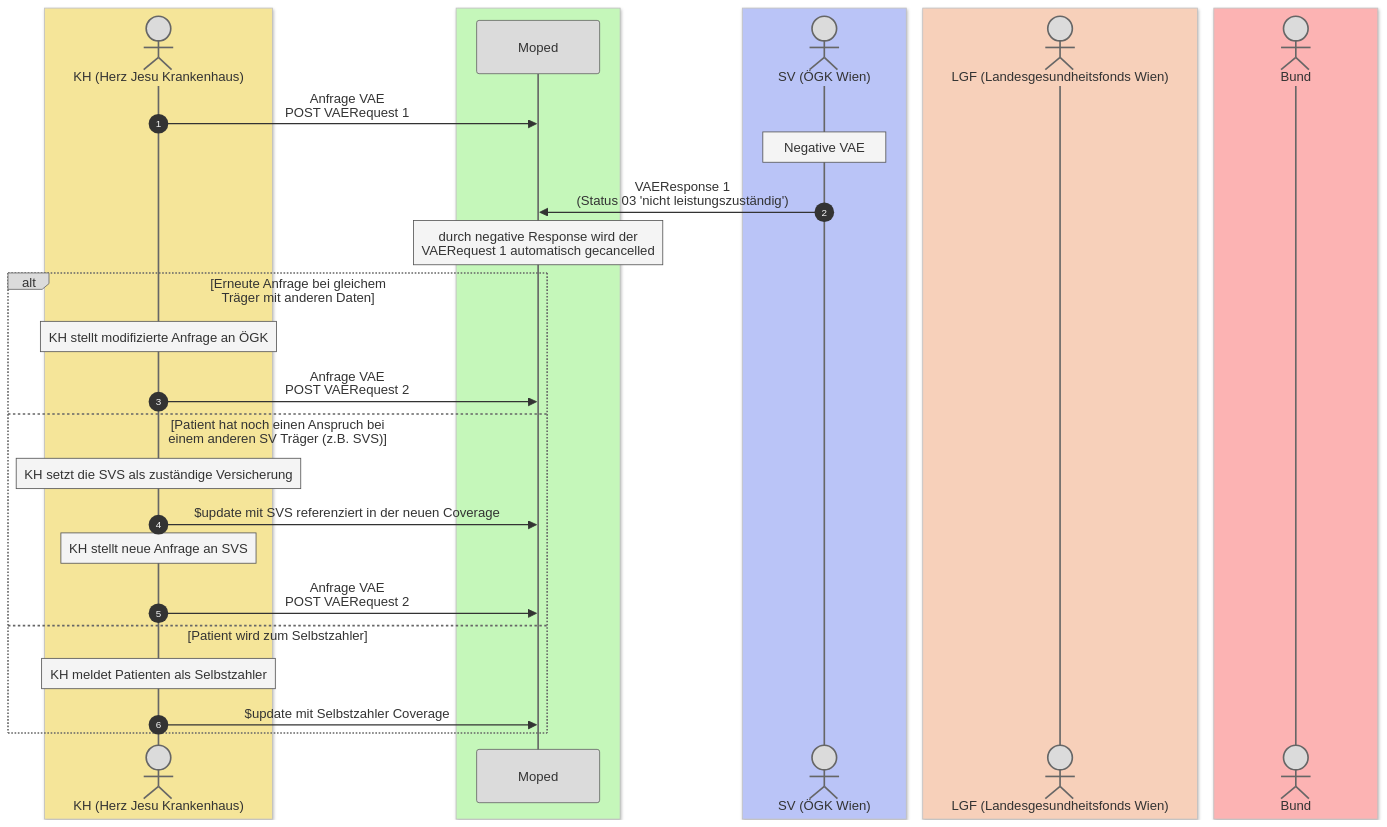
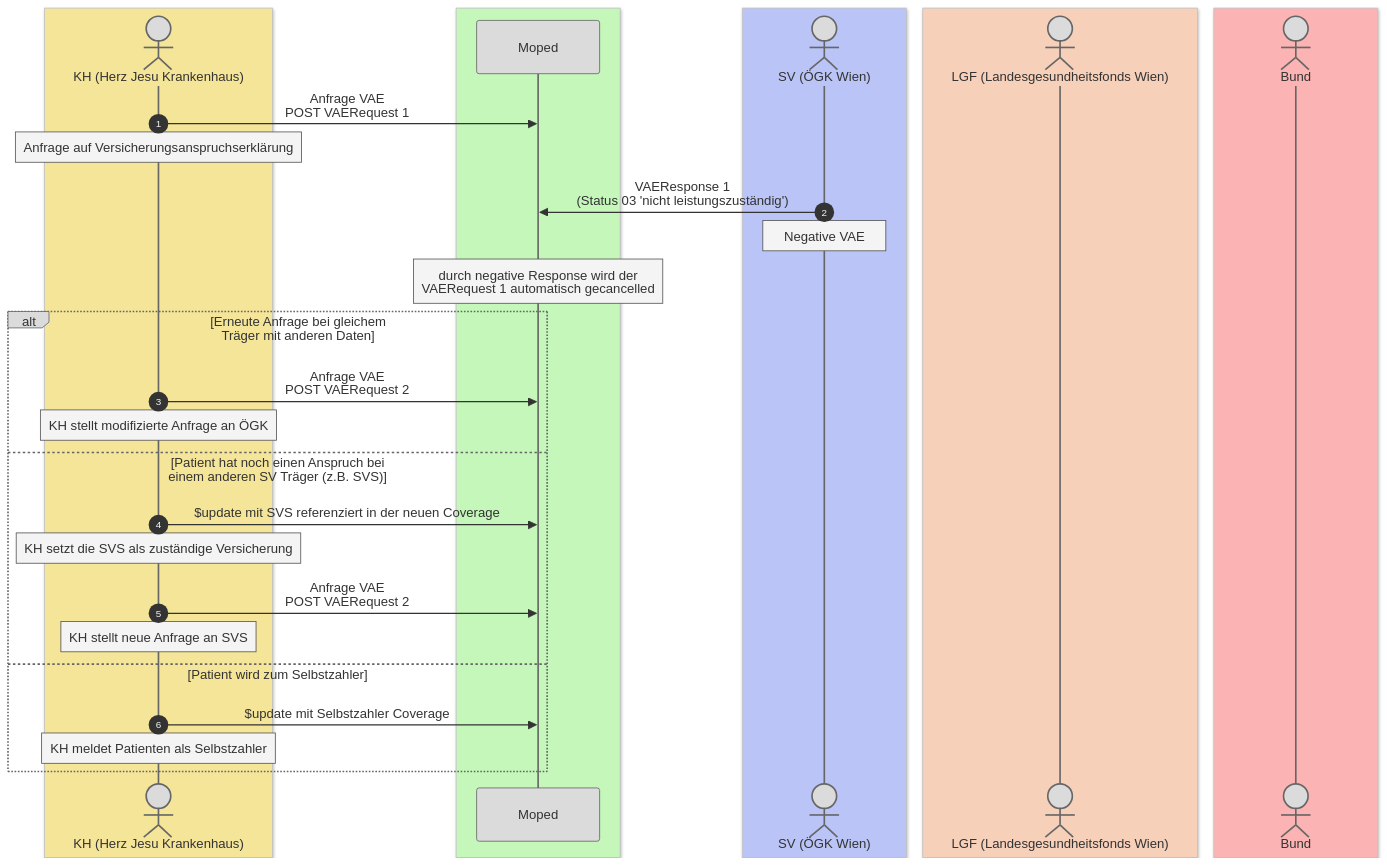
The second of 5 diagrams in input/pagecontent/AF28bis32.md (HL7Austria/ELGA-MOPED-R5), drawn with Mermaid before and after one commit.

Commit message:
Notizreihenfolge ausbessern

```diff
--- a/input/pagecontent/AF28bis32.md
+++ b/input/pagecontent/AF28bis32.md
@@ -130,44 +130,45 @@
 <pre class="mermaid">
     ---
     config:
       theme: 'base'
       themeVariables:
         primaryColor: '#dbdbdb'         
         actorBorder: '#666'
         noteBkgColor: '#f4f4f4'
         noteBorderColor: '#555'
     ---
     sequenceDiagram
     autonumber
     box rgb(245, 229, 153)
     actor KH as KH (Herz Jesu Krankenhaus)
     end
     box rgb(197, 247, 186)
     participant MP as Moped
     end
     box rgb(186, 196, 247)
     actor SV as SV (ÖGK Wien)
     end
     box rgb(247, 208, 186)
     actor LGF as LGF (Landesgesundheitsfonds Wien)
     end
     box rgb(252, 179, 179) 
     actor Bund as Bund 
     end
     KH->>MP: Anfrage VAE <br/>POST VAERequest 1
+    Note over KH: Anfrage auf Versicherungsanspruchserklärung 
+    SV->>MP: VAEResponse 1<br/>(Status 03 'nicht leistungszuständig')
     Note over SV: Negative VAE
-    SV->>MP: VAEResponse 1<br/>(Status 03 'nicht leistungszuständig')
     Note over MP: durch negative Response wird der <br/>VAERequest 1 automatisch gecancelled
     alt Erneute Anfrage bei gleichem<br/> Träger mit anderen Daten
+      KH->>MP: Anfrage VAE <br/>POST VAERequest 2
       Note over KH: KH stellt modifizierte Anfrage an ÖGK
+    else Patient hat noch einen Anspruch bei <br/>einem anderen SV Träger (z.B. SVS)
+      KH->>MP: $update mit SVS referenziert in der neuen Coverage
+      Note over KH: KH setzt die SVS als zuständige Versicherung
       KH->>MP: Anfrage VAE <br/>POST VAERequest 2
-    else Patient hat noch einen Anspruch bei <br/>einem anderen SV Träger (z.B. SVS)
-      Note over KH: KH setzt die SVS als zuständige Versicherung
-      KH->>MP: $update mit SVS referenziert in der neuen Coverage
       Note over KH: KH stellt neue Anfrage an SVS
-      KH->>MP: Anfrage VAE <br/>POST VAERequest 2
     else  Patient wird zum Selbstzahler
-      Note over KH: KH meldet Patienten als Selbstzahler
-      KH->>MP: $update mit Selbstzahler Coverage 
+      KH->>MP: $update mit Selbstzahler Coverage
+      Note over KH: KH meldet Patienten als Selbstzahler 
     end
 </pre>
```
